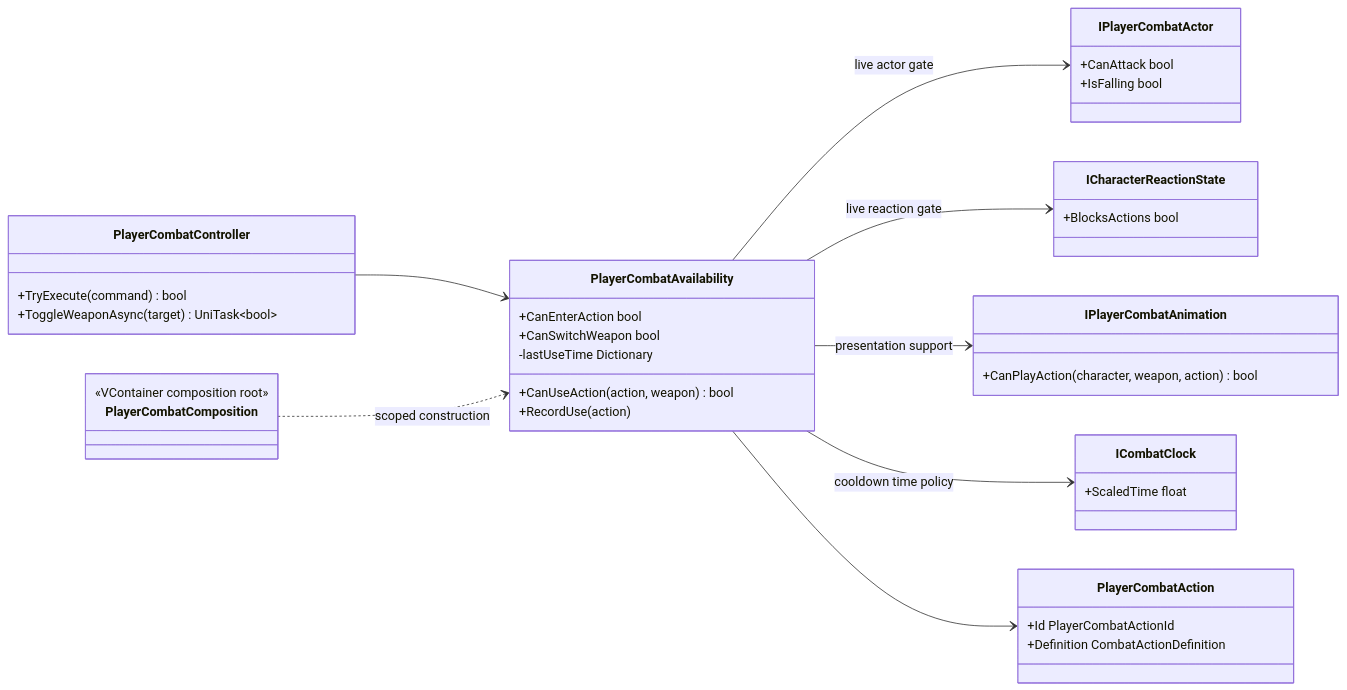
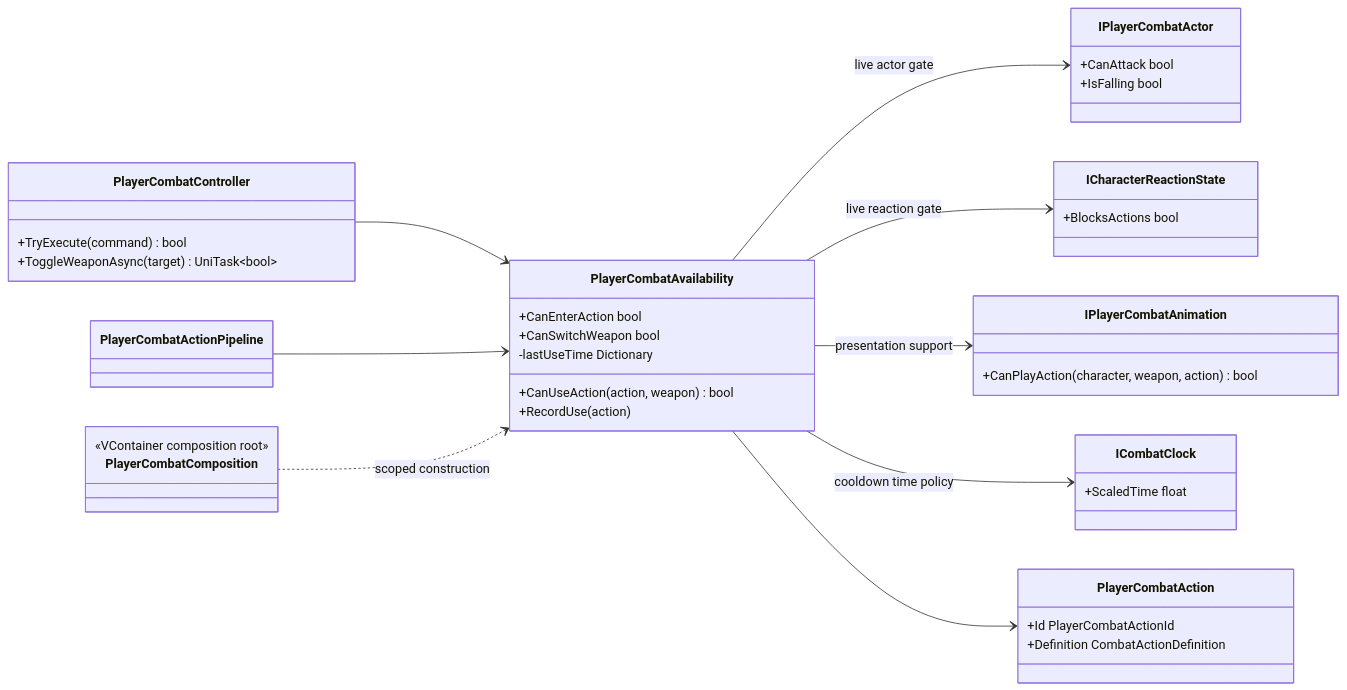
One commit to MaximFonariuc/project-s changed the diagram in Docs/Architecture/Combat.ActionAvailability.md. Above: the diagram before and after it, drawn with Mermaid. The commit also changed other lines of this file and 5 other files, not shown here.

````diff
--- a/Docs/Architecture/Combat.ActionAvailability.md
+++ b/Docs/Architecture/Combat.ActionAvailability.md
@@ -17,44 +18,46 @@
 ```mermaid
 classDiagram
     direction LR
 
     class PlayerCombatController {
         +TryExecute(command) bool
         +ToggleWeaponAsync(target) UniTask~bool~
     }
+    class PlayerCombatActionPipeline
     class PlayerCombatAvailability {
         +CanEnterAction bool
         +CanSwitchWeapon bool
         +CanUseAction(action, weapon) bool
         +RecordUse(action)
         -lastUseTime Dictionary
     }
     class IPlayerCombatActor {
         +CanAttack bool
         +IsFalling bool
     }
     class ICharacterReactionState {
         +BlocksActions bool
     }
     class IPlayerCombatAnimation {
         +CanPlayAction(character, weapon, action) bool
     }
     class ICombatClock {
         +ScaledTime float
     }
     class PlayerCombatAction {
         +Id PlayerCombatActionId
         +Definition CombatActionDefinition
     }
     class PlayerCombatComposition {
         <<VContainer composition root>>
     }
 
     PlayerCombatController --> PlayerCombatAvailability
+    PlayerCombatActionPipeline --> PlayerCombatAvailability
     PlayerCombatAvailability --> IPlayerCombatActor : live actor gate
     PlayerCombatAvailability --> ICharacterReactionState : live reaction gate
     PlayerCombatAvailability --> IPlayerCombatAnimation : presentation support
     PlayerCombatAvailability --> ICombatClock : cooldown time policy
     PlayerCombatAvailability --> PlayerCombatAction
     PlayerCombatComposition ..> PlayerCombatAvailability : scoped construction
 ```
````
